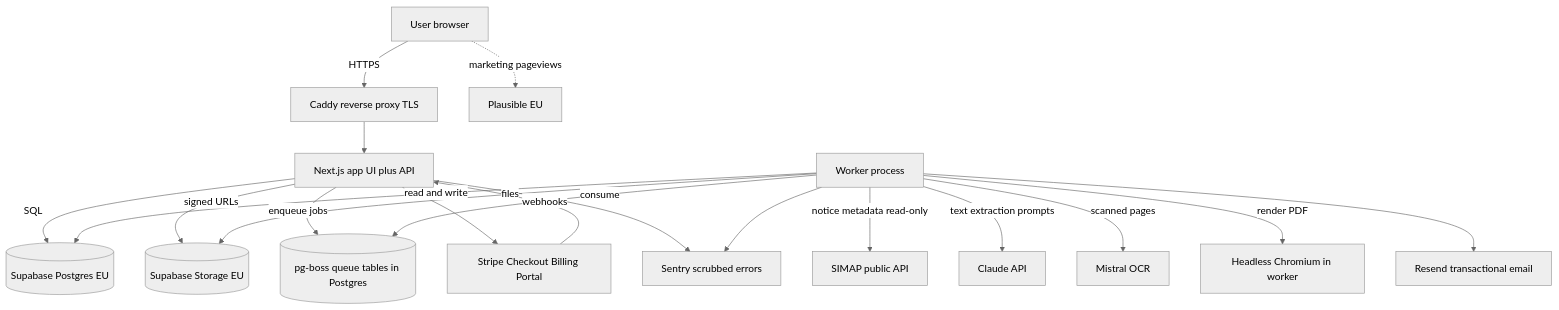
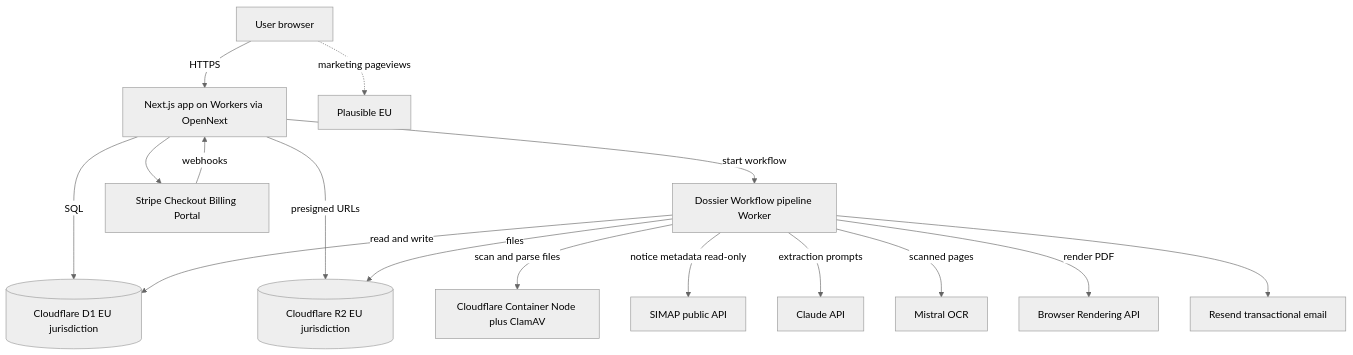
The first of 2 diagrams in docs/technical_architecture_and_implementation_plan.md (EightBitWizard/bidroom), drawn with Mermaid (neutral theme) before and after one commit. The commit also changed other lines of this file and 5 other files, not shown here.

````diff
--- a/docs/technical_architecture_and_implementation_plan.md
+++ b/docs/technical_architecture_and_implementation_plan.md
@@ -173,21 +175,18 @@
 ```mermaid
 flowchart TD
-  U[User browser] -->|HTTPS| C[Caddy reverse proxy TLS]
-  C --> W[Next.js app UI plus API]
-  W -->|SQL| DB[(Supabase Postgres EU)]
-  W -->|signed URLs| ST[(Supabase Storage EU)]
-  W -->|enqueue jobs| Q[(pg-boss queue tables in Postgres)]
-  K[Worker process] -->|consume| Q
-  K -->|read and write| DB
-  K -->|files| ST
-  K -->|notice metadata read-only| SIMAP[SIMAP public API]
-  K -->|text extraction prompts| LLM[Claude API]
-  K -->|scanned pages| OCR[Mistral OCR]
-  K -->|render PDF| PDF[Headless Chromium in worker]
+  U[User browser] -->|HTTPS| W[Next.js app on Workers via OpenNext]
+  W -->|SQL| DB[(Cloudflare D1 EU jurisdiction)]
+  W -->|presigned URLs| ST[(Cloudflare R2 EU jurisdiction)]
+  W -->|start workflow| WF[Dossier Workflow pipeline Worker]
+  WF -->|scan and parse files| CT[Cloudflare Container Node plus ClamAV]
+  WF -->|read and write| DB
+  WF -->|files| ST
+  WF -->|notice metadata read-only| SIMAP[SIMAP public API]
+  WF -->|extraction prompts| LLM[Claude API]
+  WF -->|scanned pages| OCR[Mistral OCR]
+  WF -->|render PDF| PDF[Browser Rendering API]
   W --> STRIPE[Stripe Checkout Billing Portal]
   STRIPE -->|webhooks| W
-  K --> MAIL[Resend transactional email]
+  WF --> MAIL[Resend transactional email]
   U -.->|marketing pageviews| PL[Plausible EU]
-  W --> SENTRY[Sentry scrubbed errors]
-  K --> SENTRY
 ```
````
